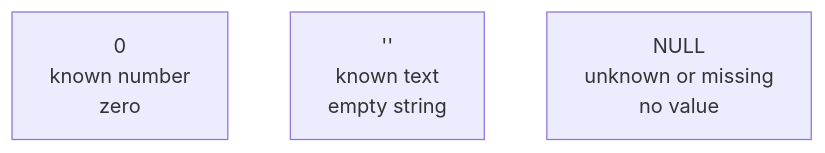
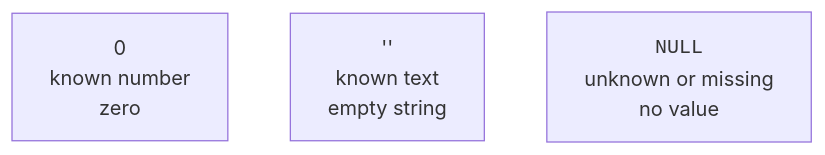
The first of 4 diagrams in content/courses/sqlite-for-beginners/working-with-null.mdx (dataslope/dataslope), drawn with Mermaid before and after one commit. The commit also changed other lines of this file and 283 other files, not shown here.

First line of the commit message:
Diagrams as elements, not characters: fix the box model, sweep the corpus, and make syntax breakdowns a convention (#652)

````diff
--- a/content/courses/sqlite-for-beginners/working-with-null.mdx
+++ b/content/courses/sqlite-for-beginners/working-with-null.mdx
@@ -26,6 +26,6 @@
 ```mermaid
 flowchart TB
     Z["0<br/>known number<br/>zero"]
     E["''<br/>known text<br/>empty string"]
-    N["NULL<br/>unknown or missing<br/>no value"]
+    N["<code>NULL</code><br/>unknown or missing<br/>no value"]
 ```
````
